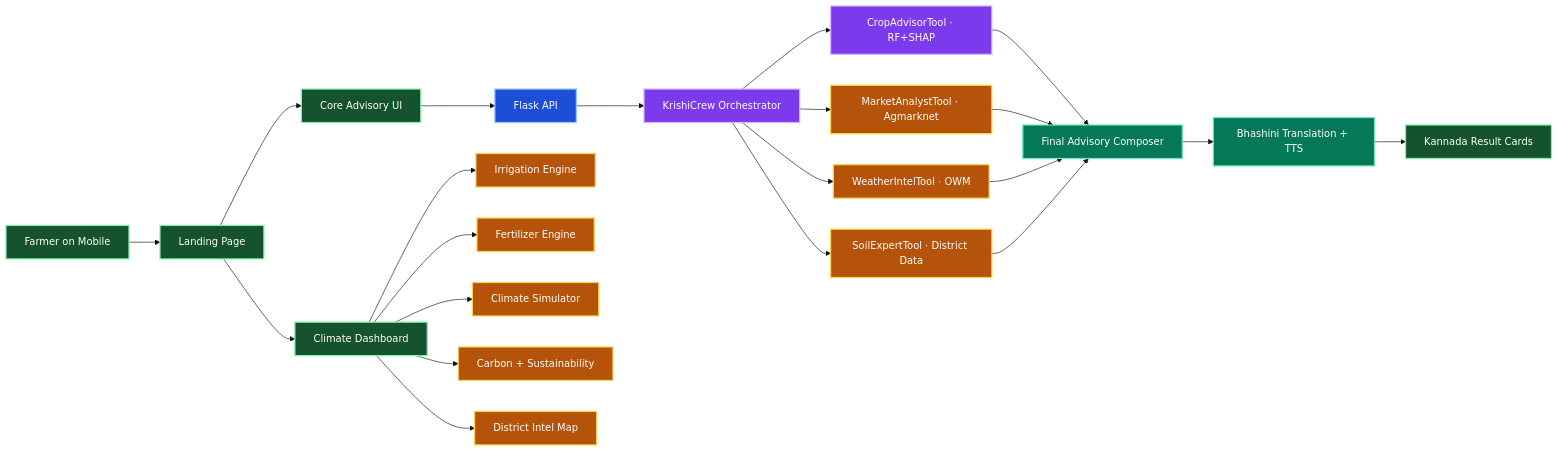
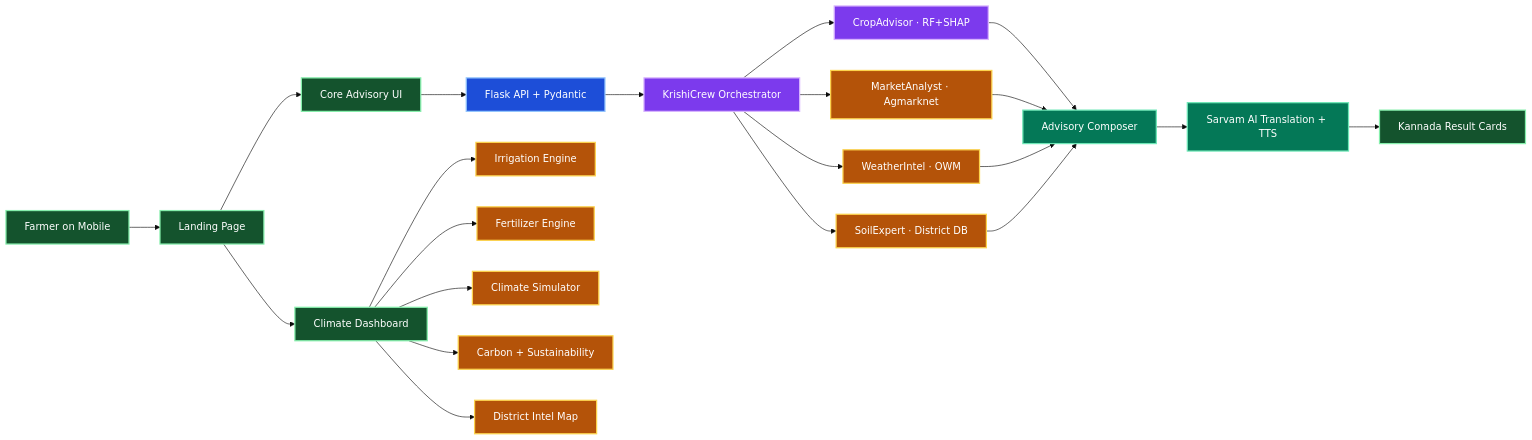
The first of 2 diagrams in README.md (Yashaswini-V21/Rytha_Mitra), drawn with Mermaid (base theme) before and after one commit. The commit also changed other lines of this file and 1 other file, not shown here.

Commit message:
updated: premium README, Sarvam AI voice, removed redundant docs

````diff
--- a/README.md
+++ b/README.md
@@ -261,34 +171,34 @@
 ```mermaid
 flowchart LR
-  classDef farm fill:#14532d,stroke:#86efac,color:#ffffff,stroke-width:2px;
-  classDef api fill:#1d4ed8,stroke:#93c5fd,color:#ffffff,stroke-width:2px;
-  classDef crew fill:#7c3aed,stroke:#d8b4fe,color:#ffffff,stroke-width:2px;
-  classDef climate fill:#b45309,stroke:#fcd34d,color:#ffffff,stroke-width:2px;
-  classDef output fill:#047857,stroke:#6ee7b7,color:#ffffff,stroke-width:2px;
+  classDef farm fill:#14532d,stroke:#86efac,color:#ffffff,stroke-width:2px
+  classDef api fill:#1d4ed8,stroke:#93c5fd,color:#ffffff,stroke-width:2px
+  classDef crew fill:#7c3aed,stroke:#d8b4fe,color:#ffffff,stroke-width:2px
+  classDef climate fill:#b45309,stroke:#fcd34d,color:#ffffff,stroke-width:2px
+  classDef output fill:#047857,stroke:#6ee7b7,color:#ffffff,stroke-width:2px
 
   A[Farmer on Mobile]:::farm --> B[Landing Page]:::farm
   B --> C1[Core Advisory UI]:::farm
   B --> C2[Climate Dashboard]:::farm
 
-  C1 --> D[Flask API]:::api
+  C1 --> D[Flask API + Pydantic]:::api
   D --> E[KrishiCrew Orchestrator]:::crew
 
-  E --> F1[CropAdvisorTool · RF+SHAP]:::crew
-  E --> F2[MarketAnalystTool · Agmarknet]:::climate
-  E --> F3[WeatherIntelTool · OWM]:::climate
-  E --> F4[SoilExpertTool · District Data]:::climate
+  E --> F1[CropAdvisor · RF+SHAP]:::crew
+  E --> F2[MarketAnalyst · Agmarknet]:::climate
+  E --> F3[WeatherIntel · OWM]:::climate
+  E --> F4[SoilExpert · District DB]:::climate
 
-  F1 --> G[Final Advisory Composer]:::output
+  F1 --> G[Advisory Composer]:::output
   F2 --> G
   F3 --> G
   F4 --> G
 
-  G --> H[Bhashini Translation + TTS]:::output
+  G --> H[Sarvam AI Translation + TTS]:::output
   H --> I[Kannada Result Cards]:::farm
 
   C2 --> J1[Irrigation Engine]:::climate
   C2 --> J2[Fertilizer Engine]:::climate
   C2 --> J3[Climate Simulator]:::climate
   C2 --> J4[Carbon + Sustainability]:::climate
   C2 --> J5[District Intel Map]:::climate
 ```
````
